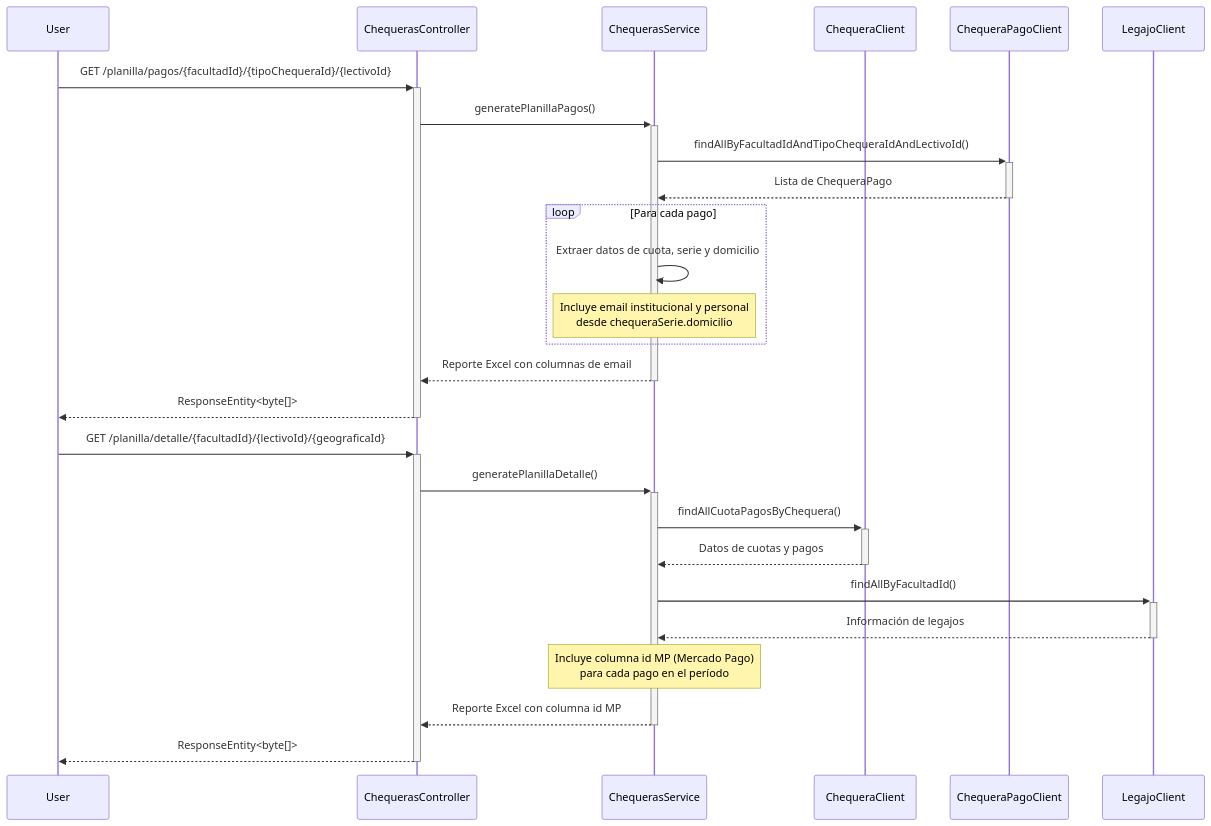
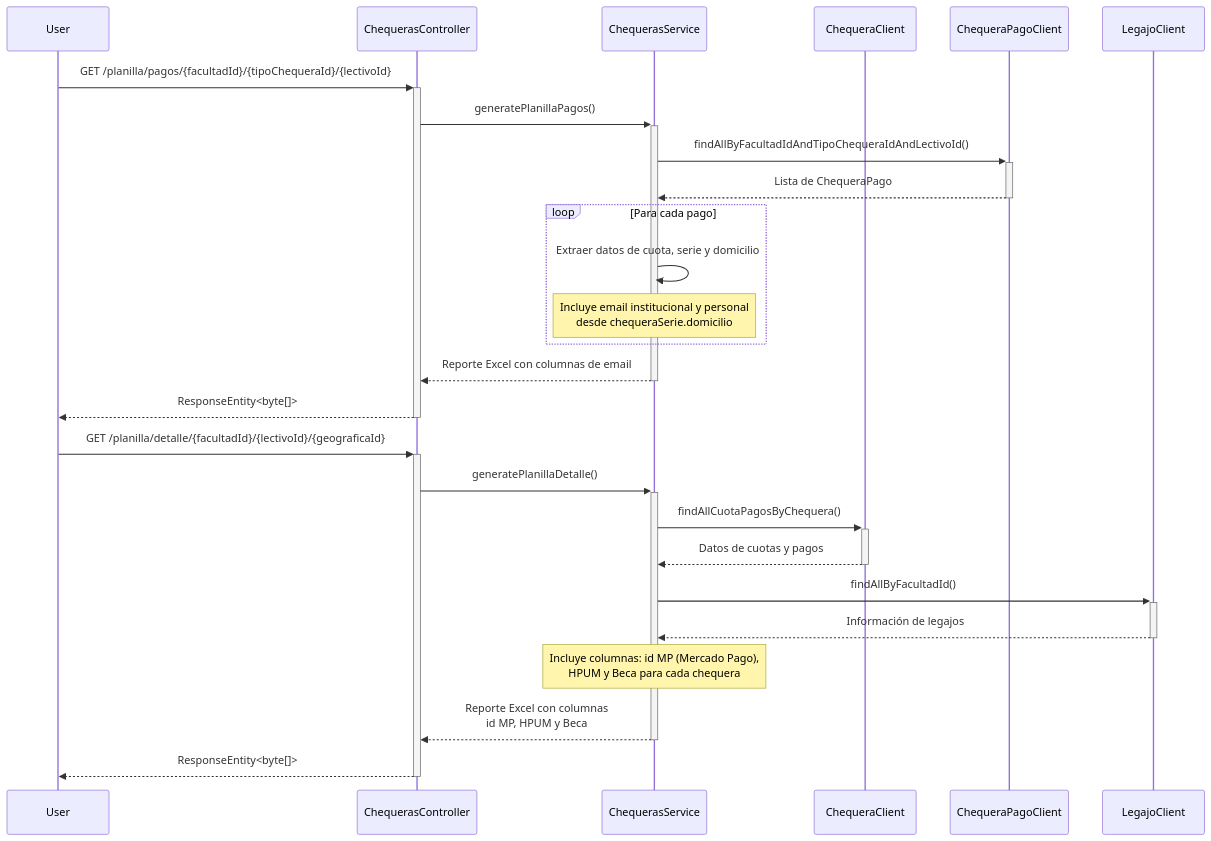
One commit to UM-services/UM.tesoreria.report-service changed the diagram in docs/diagrams/generacion-reporte.mmd. Above: the diagram before and after it, drawn with Mermaid. The commit also changed 6 other files, not shown here.

First line of the commit message:
feat(report): add HPUM and Beca columns to chequera detail

````diff
--- a/docs/diagrams/generacion-reporte.mmd
+++ b/docs/diagrams/generacion-reporte.mmd
@@ -1,30 +1,30 @@
 ```mermaid
 sequenceDiagram
     participant User
     participant ChequerasController
     participant ChequerasService
     participant ChequeraClient
     participant ChequeraPagoClient
     participant LegajoClient
 
     User->>+ChequerasController: GET /planilla/pagos/{facultadId}/{tipoChequeraId}/{lectivoId}
     ChequerasController->>+ChequerasService: generatePlanillaPagos()
     ChequerasService->>+ChequeraPagoClient: findAllByFacultadIdAndTipoChequeraIdAndLectivoId()
     ChequeraPagoClient-->>-ChequerasService: Lista de ChequeraPago
     loop Para cada pago
         ChequerasService->>ChequerasService: Extraer datos de cuota, serie y domicilio
         Note over ChequerasService: Incluye email institucional y personal<br/>desde chequeraSerie.domicilio
     end
     ChequerasService-->>-ChequerasController: Reporte Excel con columnas de email
     ChequerasController-->>-User: ResponseEntity<byte[]>
 
     User->>+ChequerasController: GET /planilla/detalle/{facultadId}/{lectivoId}/{geograficaId}
     ChequerasController->>+ChequerasService: generatePlanillaDetalle()
     ChequerasService->>+ChequeraClient: findAllCuotaPagosByChequera()
     ChequeraClient-->>-ChequerasService: Datos de cuotas y pagos
     ChequerasService->>+LegajoClient: findAllByFacultadId()
     LegajoClient-->>-ChequerasService: Información de legajos
-    Note over ChequerasService: Incluye columna id MP (Mercado Pago)<br/>para cada pago en el período
-    ChequerasService-->>-ChequerasController: Reporte Excel con columna id MP
+    Note over ChequerasService: Incluye columnas: id MP (Mercado Pago),<br/>HPUM y Beca para cada chequera
+    ChequerasService-->>-ChequerasController: Reporte Excel con columnas<br/>id MP, HPUM y Beca
     ChequerasController-->>-User: ResponseEntity<byte[]>
 ```
````
